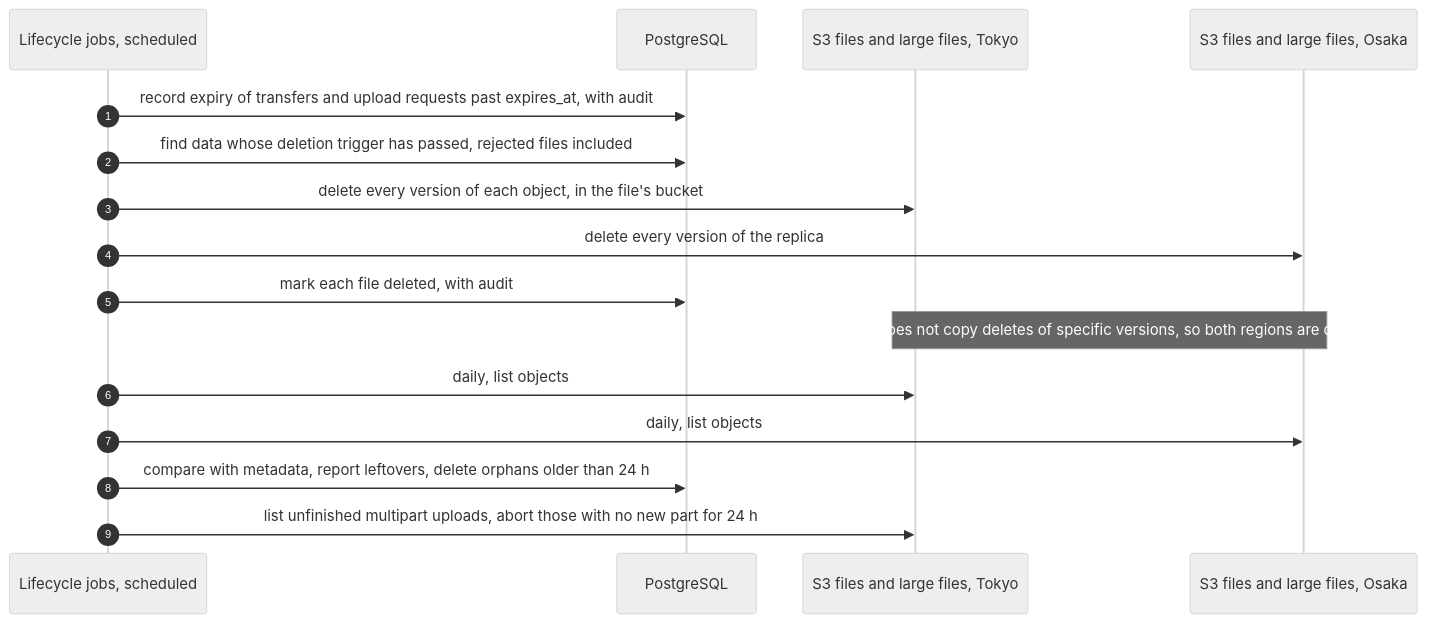
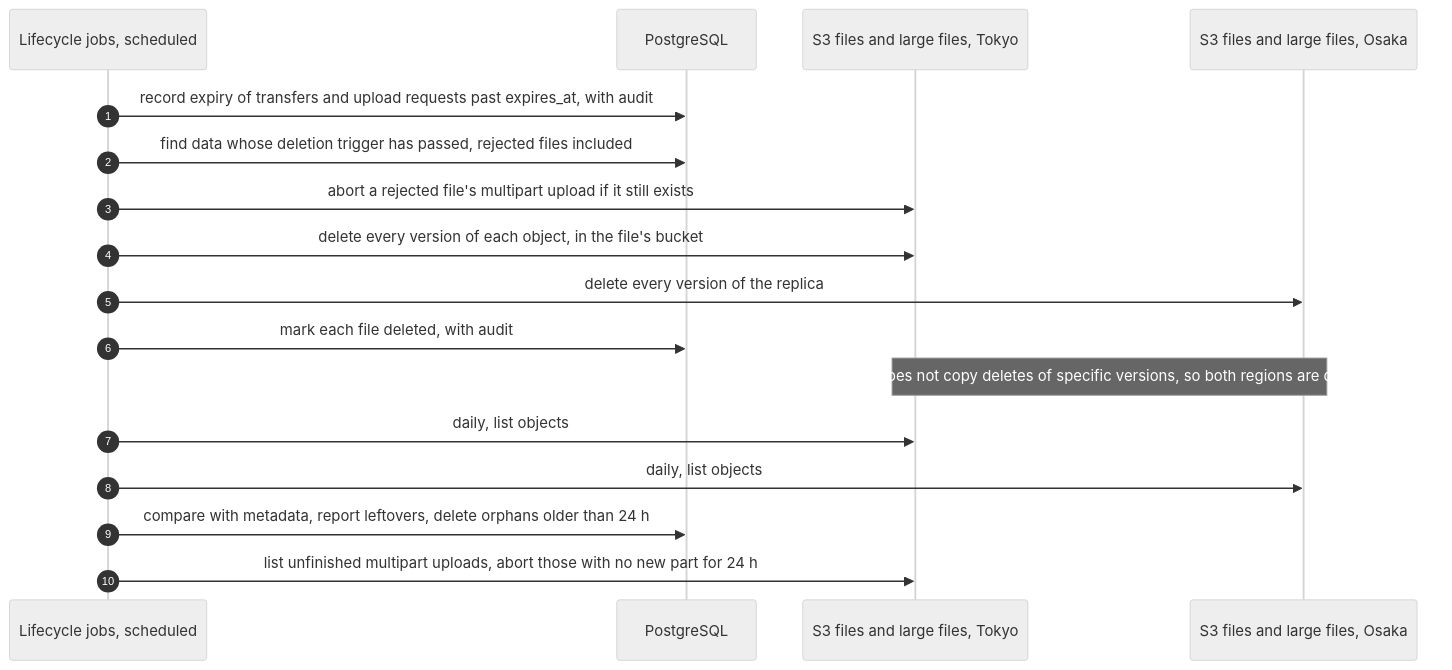
Before and after one commit to codewithmuh/secure-file-transfer: the eighth of 8 diagrams in docs/architecture.md, drawn with Mermaid (neutral theme). The commit also changed other lines of this file and 28 other files, not shown here.

````diff
--- a/docs/architecture.md
+++ b/docs/architecture.md
@@ -485,18 +554,19 @@
 ```mermaid
 sequenceDiagram
     autonumber
     participant J as Lifecycle jobs, scheduled
     participant DB as PostgreSQL
     participant T as S3 files and large files, Tokyo
     participant O as S3 files and large files, Osaka
     J->>DB: record expiry of transfers and upload requests past expires_at, with audit
     J->>DB: find data whose deletion trigger has passed, rejected files included
+    J->>T: abort a rejected file's multipart upload if it still exists
     J->>T: delete every version of each object, in the file's bucket
     J->>O: delete every version of the replica
     J->>DB: mark each file deleted, with audit
     Note over T,O: S3 replication does not copy deletes of specific versions, so both regions are deleted explicitly
     J->>T: daily, list objects
     J->>O: daily, list objects
     J->>DB: compare with metadata, report leftovers, delete orphans older than 24 h
     J->>T: list unfinished multipart uploads, abort those with no new part for 24 h
 ```
````
